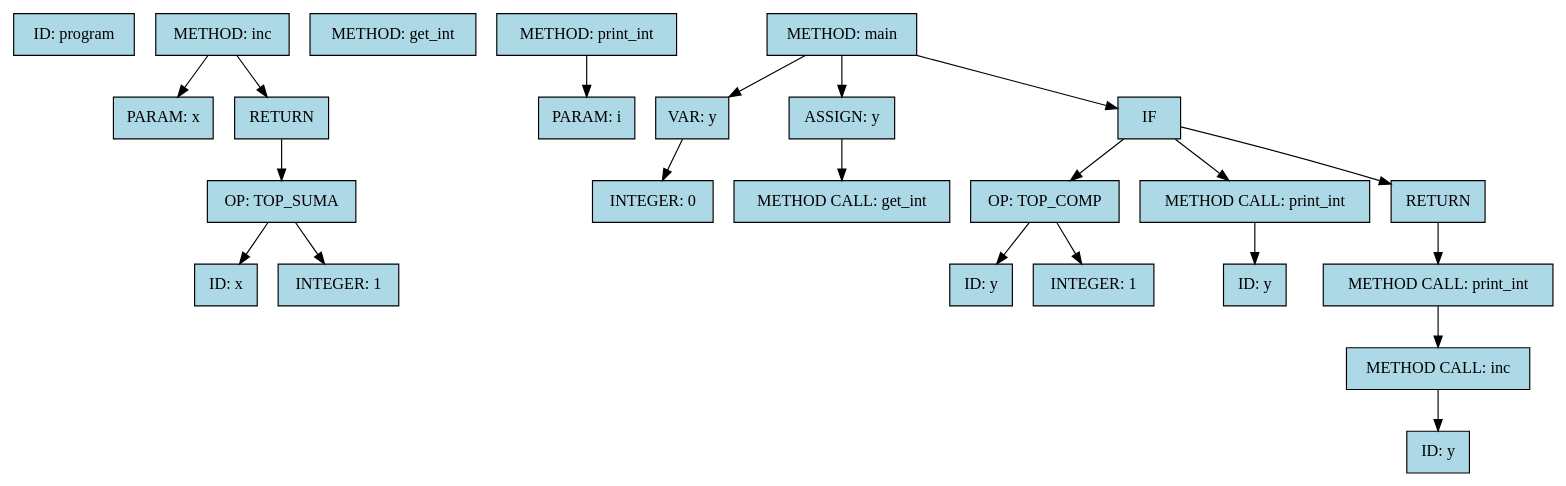
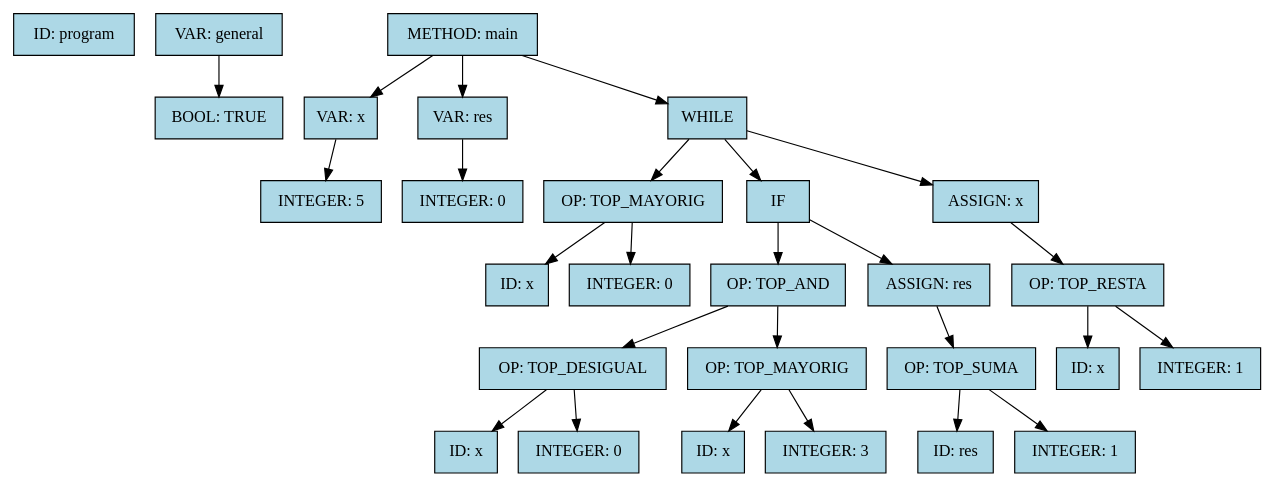
One commit to joaquinmezzano/proyecto-compiladores changed the diagram in ast.dot. Above: the diagram before and after it, drawn with Graphviz. The commit also changed 10 other files, not shown here.

```diff
--- a/ast.dot
+++ b/ast.dot
@@ -1,49 +1,57 @@
 digraph AST {
   rankdir=TB;
   node [shape=box, style=filled, fillcolor=lightblue];
   "n0" [label="ID: program"];
-  "n1" [label="METHOD: inc"];
-  "n2" [label="PARAM: x"];
+  "n1" [label="VAR: general"];
+  "n2" [label="BOOL: TRUE"];
   "n1" -> "n2";
-  "n3" [label="RETURN"];
-  "n1" -> "n3";
-  "n4" [label="OP: TOP_SUMA"];
+  "n3" [label="METHOD: main"];
+  "n4" [label="VAR: x"];
   "n3" -> "n4";
-  "n5" [label="ID: x"];
+  "n5" [label="INTEGER: 5"];
   "n4" -> "n5";
-  "n6" [label="INTEGER: 1"];
-  "n4" -> "n6";
-  "n7" [label="METHOD: get_int"];
-  "n8" [label="METHOD: print_int"];
-  "n9" [label="PARAM: i"];
+  "n6" [label="VAR: res"];
+  "n3" -> "n6";
+  "n7" [label="INTEGER: 0"];
+  "n6" -> "n7";
+  "n8" [label="WHILE"];
+  "n3" -> "n8";
+  "n9" [label="OP: TOP_MAYORIG"];
   "n8" -> "n9";
-  "n10" [label="METHOD: main"];
-  "n11" [label="VAR: y"];
-  "n10" -> "n11";
-  "n12" [label="INTEGER: 0"];
-  "n11" -> "n12";
-  "n13" [label="ASSIGN: y"];
-  "n10" -> "n13";
-  "n14" [label="METHOD CALL: get_int"];
+  "n10" [label="ID: x"];
+  "n9" -> "n10";
+  "n11" [label="INTEGER: 0"];
+  "n9" -> "n11";
+  "n12" [label="IF"];
+  "n8" -> "n12";
+  "n13" [label="OP: TOP_AND"];
+  "n12" -> "n13";
+  "n14" [label="OP: TOP_DESIGUAL"];
   "n13" -> "n14";
-  "n15" [label="IF"];
-  "n10" -> "n15";
-  "n16" [label="OP: TOP_COMP"];
-  "n15" -> "n16";
-  "n17" [label="ID: y"];
-  "n16" -> "n17";
-  "n18" [label="INTEGER: 1"];
-  "n16" -> "n18";
-  "n19" [label="METHOD CALL: print_int"];
-  "n15" -> "n19";
-  "n20" [label="ID: y"];
-  "n19" -> "n20";
-  "n21" [label="RETURN"];
-  "n15" -> "n21";
-  "n22" [label="METHOD CALL: print_int"];
+  "n15" [label="ID: x"];
+  "n14" -> "n15";
+  "n16" [label="INTEGER: 0"];
+  "n14" -> "n16";
+  "n17" [label="OP: TOP_MAYORIG"];
+  "n13" -> "n17";
+  "n18" [label="ID: x"];
+  "n17" -> "n18";
+  "n19" [label="INTEGER: 3"];
+  "n17" -> "n19";
+  "n20" [label="ASSIGN: res"];
+  "n12" -> "n20";
+  "n21" [label="OP: TOP_SUMA"];
+  "n20" -> "n21";
+  "n22" [label="ID: res"];
   "n21" -> "n22";
-  "n23" [label="METHOD CALL: inc"];
-  "n22" -> "n23";
-  "n24" [label="ID: y"];
-  "n23" -> "n24";
+  "n23" [label="INTEGER: 1"];
+  "n21" -> "n23";
+  "n24" [label="ASSIGN: x"];
+  "n8" -> "n24";
+  "n25" [label="OP: TOP_RESTA"];
+  "n24" -> "n25";
+  "n26" [label="ID: x"];
+  "n25" -> "n26";
+  "n27" [label="INTEGER: 1"];
+  "n25" -> "n27";
 }
```
